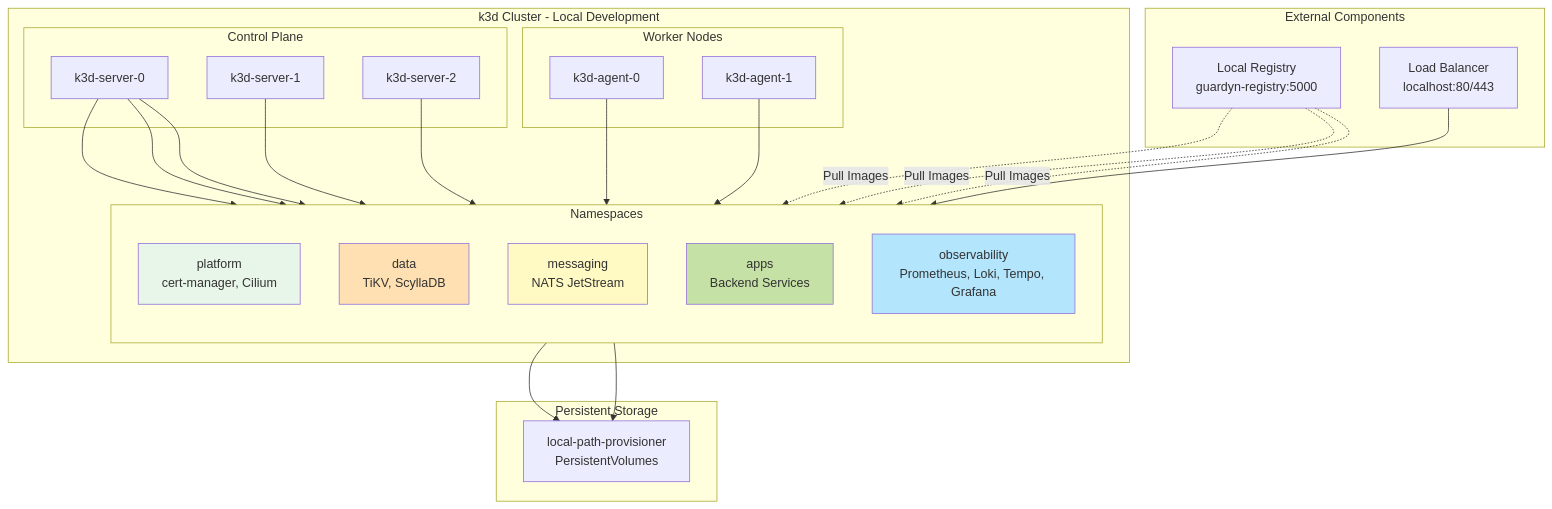
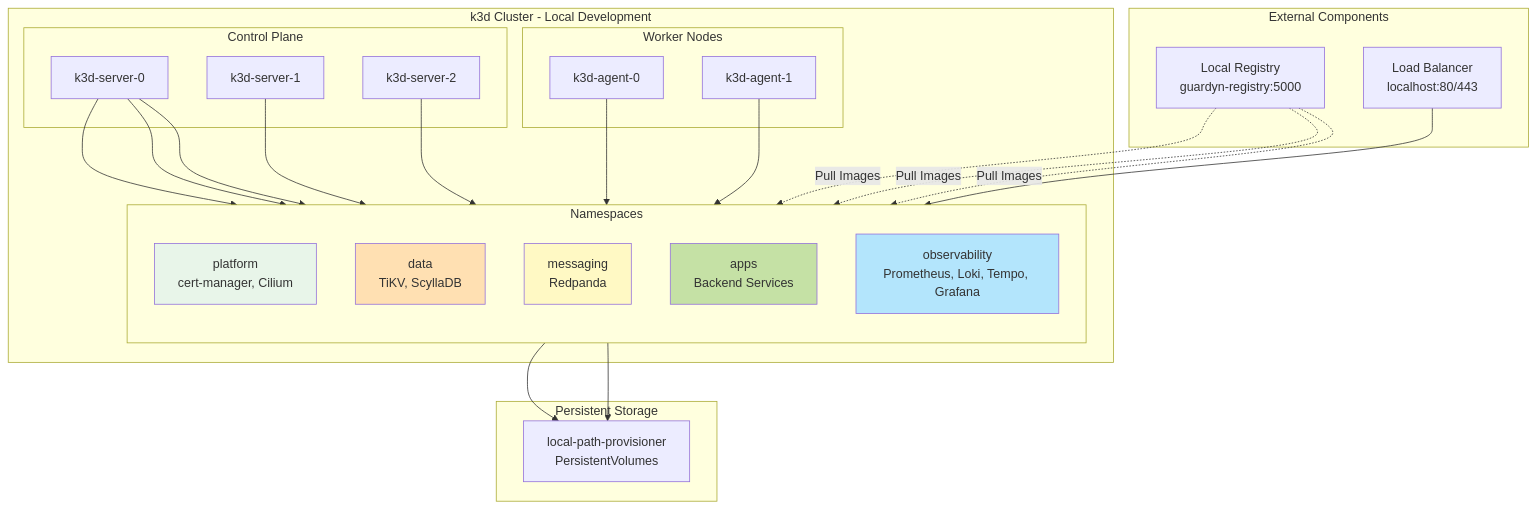
One commit to guardyn/guardyn changed the fourth of 7 diagrams in docs/ARCHITECTURE.md. Above: the diagram before and after it, drawn with Mermaid. The commit also changed other lines of this file and 18 other files, not shown here.

First line of the commit message:
feat: migrate messaging from NATS to Redpanda

````diff
--- a/docs/ARCHITECTURE.md
+++ b/docs/ARCHITECTURE.md
@@ -222,57 +235,57 @@
 ```mermaid
 graph TB
     subgraph "k3d Cluster - Local Development"
         subgraph "Control Plane"
             Server1[k3d-server-0]
             Server2[k3d-server-1]
             Server3[k3d-server-2]
         end
 
         subgraph "Worker Nodes"
             Agent1[k3d-agent-0]
             Agent2[k3d-agent-1]
         end
 
         subgraph "Namespaces"
             direction TB
             Platform[platform<br/>cert-manager, Cilium]
             Data[data<br/>TiKV, ScyllaDB]
-            Messaging[messaging<br/>NATS JetStream]
+            Messaging[messaging<br/>Redpanda]
             Apps[apps<br/>Backend Services]
             Observability[observability<br/>Prometheus, Loki, Tempo, Grafana]
         end
     end
 
     subgraph "External Components"
         Registry[Local Registry<br/>guardyn-registry:5000]
         LoadBalancer[Load Balancer<br/>localhost:80/443]
     end
 
     subgraph "Persistent Storage"
         LocalPath[local-path-provisioner<br/>PersistentVolumes]
     end
 
     Server1 --> Platform
     Server1 --> Data
     Server1 --> Messaging
     Server2 --> Apps
     Server3 --> Observability
 
     Agent1 --> Apps
     Agent2 --> Apps
 
     Registry -.->|Pull Images| Apps
     Registry -.->|Pull Images| Data
     Registry -.->|Pull Images| Messaging
 
     LoadBalancer --> Apps
 
     Data --> LocalPath
     Messaging --> LocalPath
 
     style Platform fill:#E8F5E9
     style Data fill:#FFE0B2
     style Messaging fill:#FFF9C4
     style Apps fill:#C5E1A5
     style Observability fill:#B3E5FC
 ```
````
